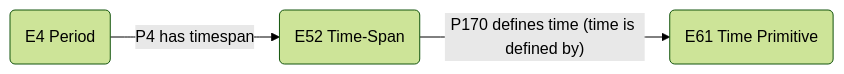
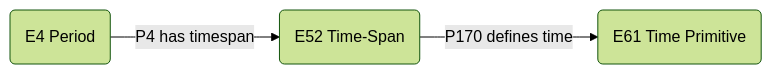
Before and after one commit to archaeochrono/caa23: the first of 2 diagrams in README.md, drawn with Mermaid (forest theme).

Commit message:
cidoc-crm

````diff
--- a/README.md
+++ b/README.md
@@ -6,5 +6,5 @@
 ```mermaid
 flowchart LR
     A(E4 Period) --P4 has timespan--> B(E52 Time-Span);
-    B --P170 defines time (time is defined by)--> C(E61 Time Primitive);
+    B --P170 defines time--> C(E61 Time Primitive);
 ```
````
